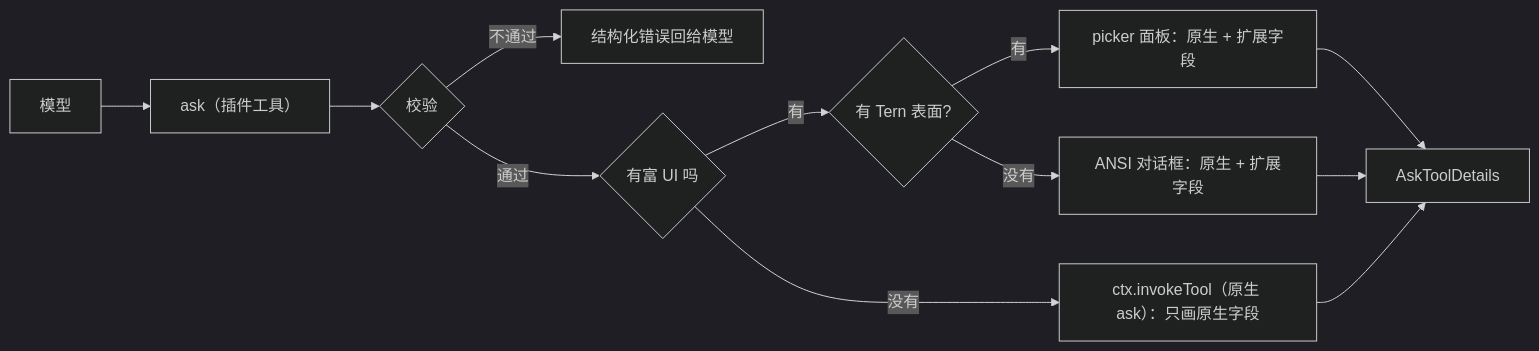
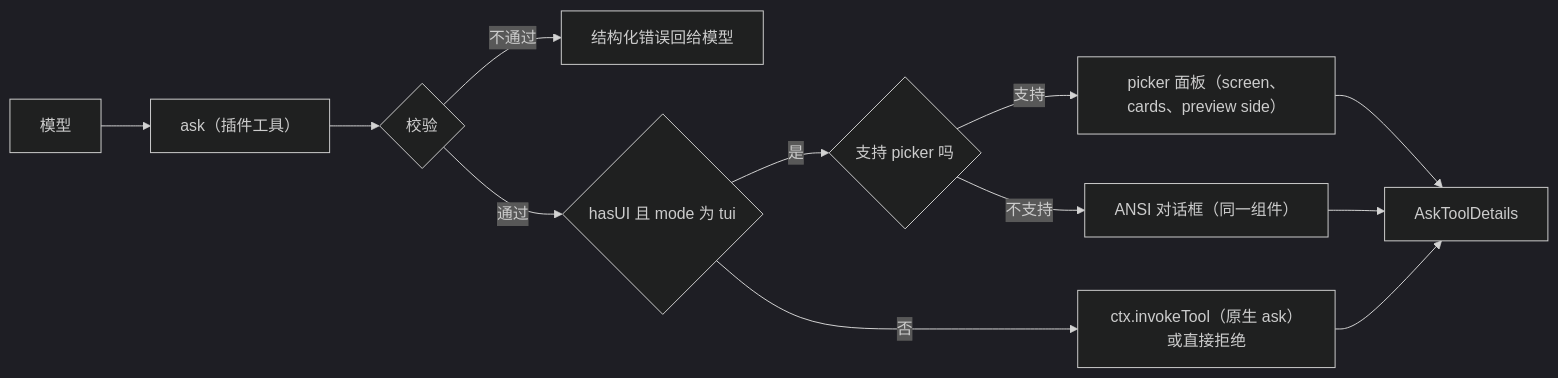
One commit to oh-my-omp/omp-ask-more changed the diagram in README.zh-CN.md. Above: the diagram before and after it, drawn with Mermaid (dark theme). The commit also changed other lines of this file and 14 other files, not shown here.

First line of the commit message:
implement ask-more: extended ask parameters, ANSI and Tern surfaces

````diff
--- a/README.zh-CN.md
+++ b/README.zh-CN.md
@@ -91,14 +96,14 @@
 ```mermaid
 flowchart LR
   m[模型] --> t["ask（插件工具）"]
   t --> v{校验}
   v -- 不通过 --> e[结构化错误回给模型]
-  v -- 通过 --> u{"有富 UI 吗"}
-  u -- 没有 --> n["ctx.invokeTool（原生 ask）：只画原生字段"]
-  u -- 有 --> s{"有 Tern 表面?"}
-  s -- 有 --> p["picker 面板：原生 + 扩展字段"]
-  s -- 没有 --> c["ANSI 对话框：原生 + 扩展字段"]
+  v -- 通过 --> u{"hasUI 且 mode 为 tui"}
+  u -- 否 --> n["ctx.invokeTool（原生 ask）或直接拒绝"]
+  u -- 是 --> s{"支持 picker 吗"}
+  s -- 支持 --> p["picker 面板（screen、cards、preview side）"]
+  s -- 不支持 --> c["ANSI 对话框（同一组件）"]
   p --> a[AskToolDetails]
   c --> a
   n --> a
 ```
````
